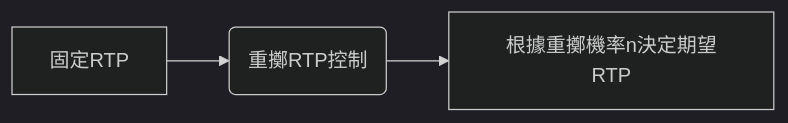
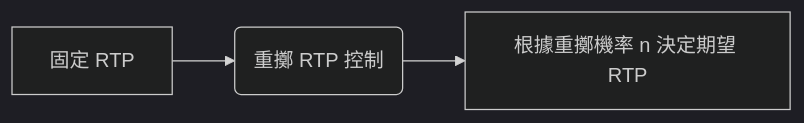
Before and after one commit to vishcho/vishnucho.github.io: the first of 3 diagrams in content/math/2022-06-07.md, drawn with Mermaid (dark theme). The commit also changed other lines of this file and 16 other files, not shown here.

```diff
--- a/content/math/2022-06-07.md
+++ b/content/math/2022-06-07.md
@@ -18,4 +17,4 @@
 {{< mermaid >}}
 graph LR
-A["固定RTP"]-->B(重擲RTP控制)-->C["根據重擲機率n決定期望RTP"]
+A["固定 RTP"]-->B(重擲 RTP 控制)-->C["根據重擲機率 n 決定期望 RTP"]
 {{< /mermaid >}}
```
